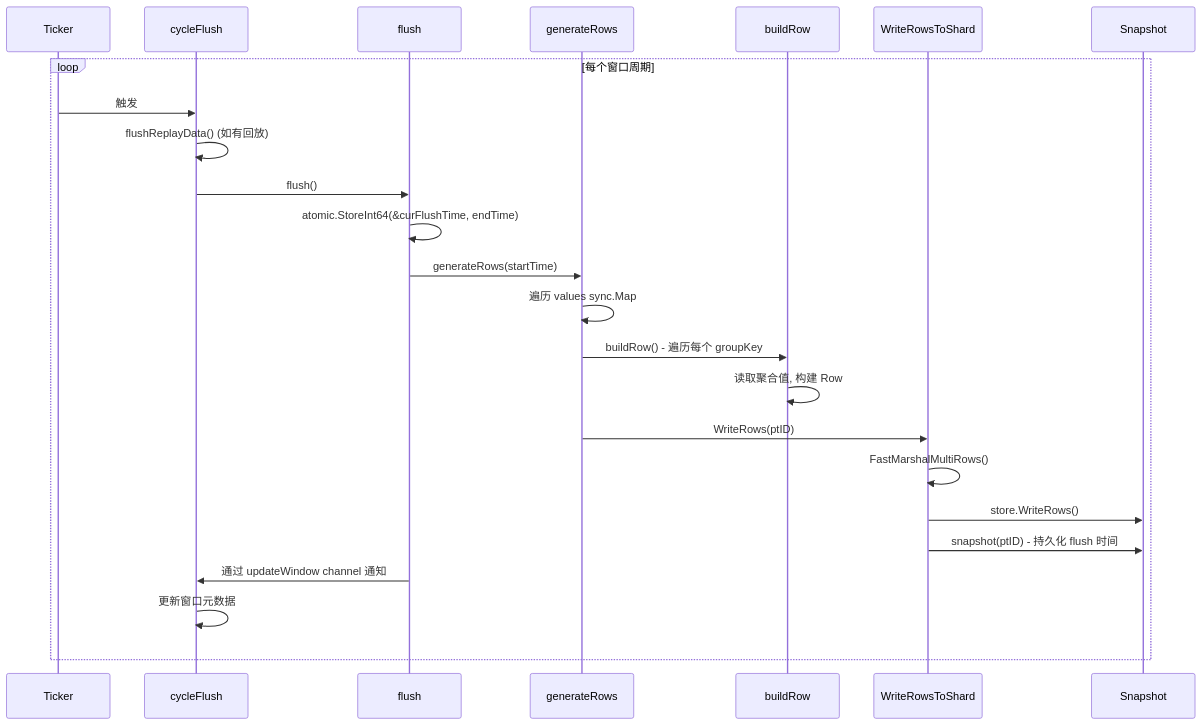
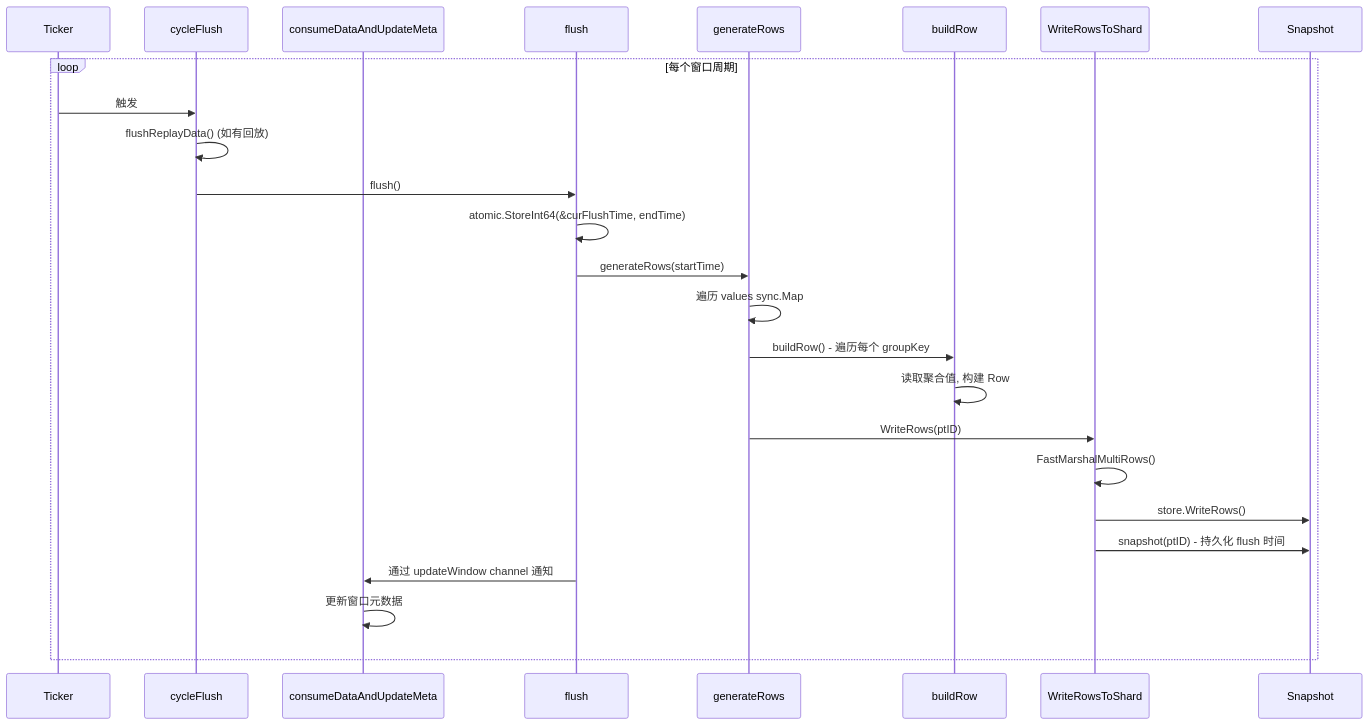
One commit to stefanv5/openGemini changed diagram 11 of 29 in docs/specs/10_stream_processing_spec.md. Above: the diagram before and after it, drawn with Mermaid. The commit also changed other lines of this file and 37 other files, not shown here.

````diff
--- a/docs/specs/10_stream_processing_spec.md
+++ b/docs/specs/10_stream_processing_spec.md
@@ -1142,27 +1168,28 @@
 ```mermaid
 sequenceDiagram
     participant T as Ticker
     participant CF as cycleFlush
+    participant CM as consumeDataAndUpdateMeta
     participant F as flush
     participant GR as generateRows
     participant BR as buildRow
     participant WR as WriteRowsToShard
     participant S as Snapshot
 
     loop 每个窗口周期
         T->>CF: 触发
         CF->>CF: flushReplayData() (如有回放)
         CF->>F: flush()
         F->>F: atomic.StoreInt64(&curFlushTime, endTime)
         F->>GR: generateRows(startTime)
         GR->>GR: 遍历 values sync.Map
         GR->>BR: buildRow() - 遍历每个 groupKey
         BR->>BR: 读取聚合值, 构建 Row
         GR->>WR: WriteRows(ptID)
         WR->>WR: FastMarshalMultiRows()
         WR->>S: store.WriteRows()
         WR->>S: snapshot(ptID) - 持久化 flush 时间
-        F->>CF: 通过 updateWindow channel 通知
-        CF->>CF: 更新窗口元数据
+        F->>CM: 通过 updateWindow channel 通知
+        CM->>CM: 更新窗口元数据
     end
 ```
````
